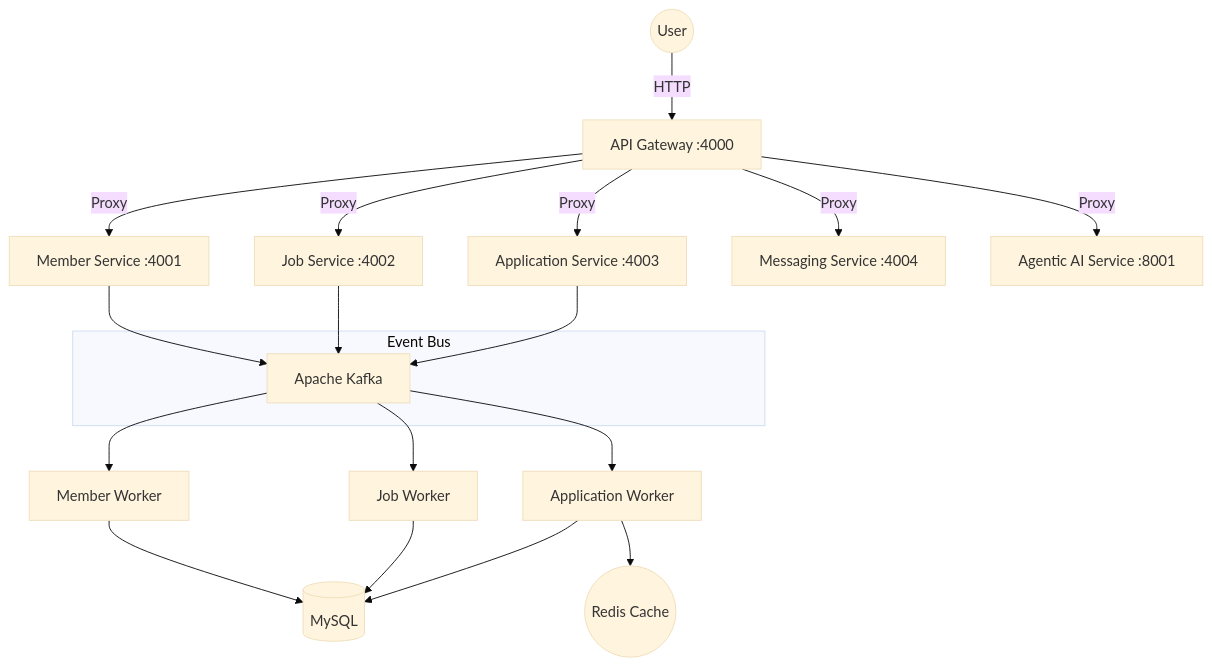
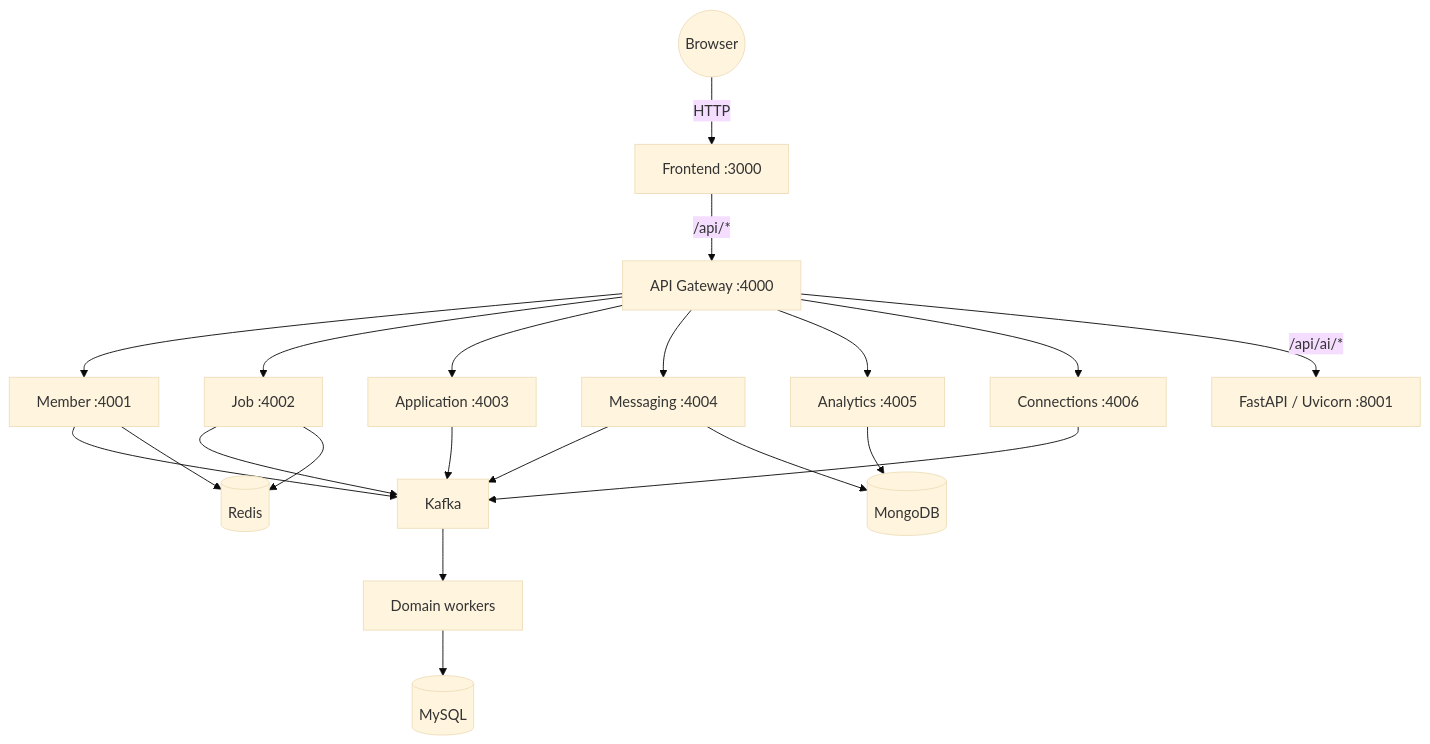
The diagram in README.md (snehas-SJSU/DS_Project_236), drawn with Mermaid (base theme) before and after one commit. The commit also changed other lines of this file and 30 other files, not shown here.

First line of the commit message:
feat: microservices stack, connection service, gateway hardening, docs

````diff
--- a/README.md
+++ b/README.md
@@ -9,27 +9,25 @@
 ```mermaid
 graph TD
-    User((User)) -->|HTTP| Gateway[API Gateway :4000]
-    Gateway -->|Proxy| MemberAPI[Member Service :4001]
-    Gateway -->|Proxy| JobAPI[Job Service :4002]
-    Gateway -->|Proxy| AppAPI[Application Service :4003]
-    Gateway -->|Proxy| MsgAPI[Messaging Service :4004]
-    Gateway -->|Proxy| AIAPI[Agentic AI Service :8001]
+    User((Browser)) -->|HTTP| FE[Frontend :3000]
+    FE -->|/api/*| Gateway[API Gateway :4000]
+    Gateway --> Member[Member :4001]
+    Gateway --> Job[Job :4002]
+    Gateway --> App[Application :4003]
+    Gateway --> Msg[Messaging :4004]
+    Gateway --> Analytics[Analytics :4005]
+    Gateway --> Conn[Connections :4006]
+    Gateway -->|/api/ai/*| AI[FastAPI / Uvicorn :8001]
 
-    subgraph "Event Bus"
-        Kafka[Apache Kafka]
-    end
+    Member --> Kafka[Kafka]
+    Job --> Kafka
+    App --> Kafka
+    Msg --> Kafka
+    Conn --> Kafka
 
-    MemberAPI --> Kafka
-    JobAPI --> Kafka
-    AppAPI --> Kafka
-
-    Kafka --> MemberWorker[Member Worker]
-    Kafka --> JobWorker[Job Worker]
-    Kafka --> AppWorker[Application Worker]
-
-    MemberWorker --> MySQL[(MySQL)]
-    JobWorker --> MySQL
-    AppWorker --> MySQL
-    
-    AppWorker --> Redis((Redis Cache))
+    Kafka --> Workers[Domain workers]
+    Workers --> MySQL[(MySQL)]
+    Msg --> Mongo[(MongoDB)]
+    Analytics --> Mongo
+    Member --> Redis[(Redis)]
+    Job --> Redis
 ```
````
